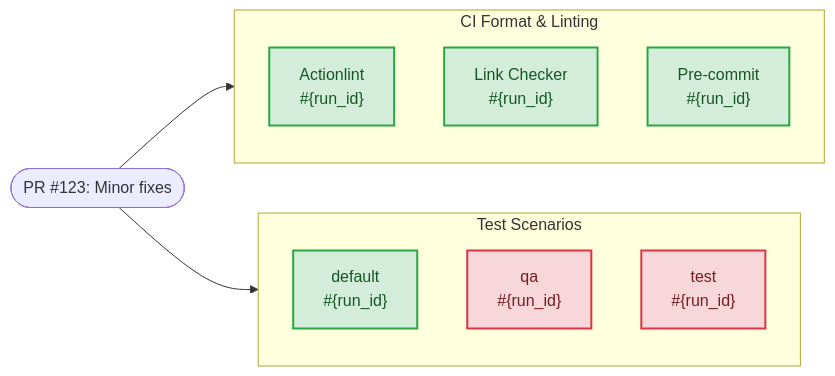
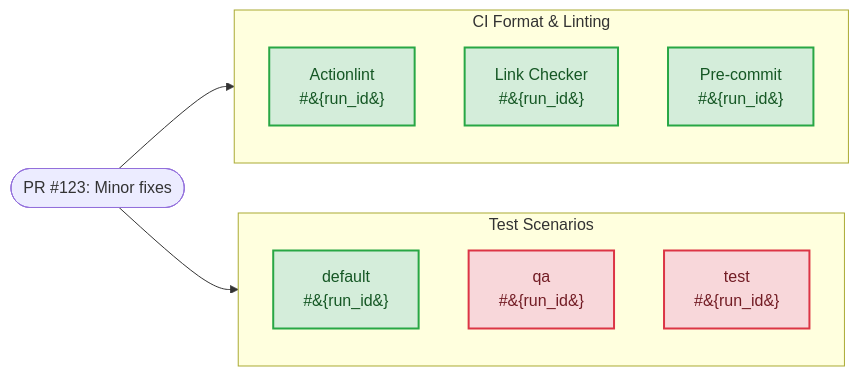
The third of 4 diagrams in skills/brainstorm-github-pr/SKILL.md (Cogni-AI-OU/cogni-ai-agentic-collections), drawn with Mermaid before and after one commit. The commit also changed other lines of this file and 10 other files, not shown here.

````diff
--- a/skills/brainstorm-github-pr/SKILL.md
+++ b/skills/brainstorm-github-pr/SKILL.md
@@ -102,27 +102,25 @@
 ```mermaid
+flowchart LR
 %% This diagram visualizes the topology and statuses of CI/CD checks for a PR.
-%% Data for this diagram can be retrieved natively using:
-%% gh pr checks <pr_number> --repo <owner>/<repo>
-flowchart LR
     pr(["PR #123: Minor fixes"])
 
     subgraph Checks ["CI Format & Linting"]
         direction TB
-        c3["Actionlint<br/>#{run_id}"]:::pass
-        c1["Link Checker<br/>#{run_id}"]:::pass
-        c2["Pre-commit<br/>#{run_id}"]:::pass
+        c3["Actionlint<br/>#&#123;run_id&#125;"]:::pass
+        c1["Link Checker<br/>#&#123;run_id&#125;"]:::pass
+        c2["Pre-commit<br/>#&#123;run_id&#125;"]:::pass
     end
 
     subgraph Tests ["Test Scenarios"]
         direction TB
-        m1["default<br/>#{run_id}"]:::pass
-        m3["qa<br/>#{run_id}"]:::fail
-        m2["test<br/>#{run_id}"]:::fail
+        m1["default<br/>#&#123;run_id&#125;"]:::pass
+        m3["qa<br/>#&#123;run_id&#125;"]:::fail
+        m2["test<br/>#&#123;run_id&#125;"]:::fail
     end
 
     pr --> Checks
     pr --> Tests
 
-    classDef pass fill:#d4edda,stroke:#28a745,color:#155724,stroke-width:2px;
-    classDef fail fill:#f8d7da,stroke:#dc3545,color:#721c24,stroke-width:2px;
+    classDef pass fill:#d4edda,stroke:#28a745,color:#155724,stroke-width:2px
+    classDef fail fill:#f8d7da,stroke:#dc3545,color:#721c24,stroke-width:2px
 ```
````
